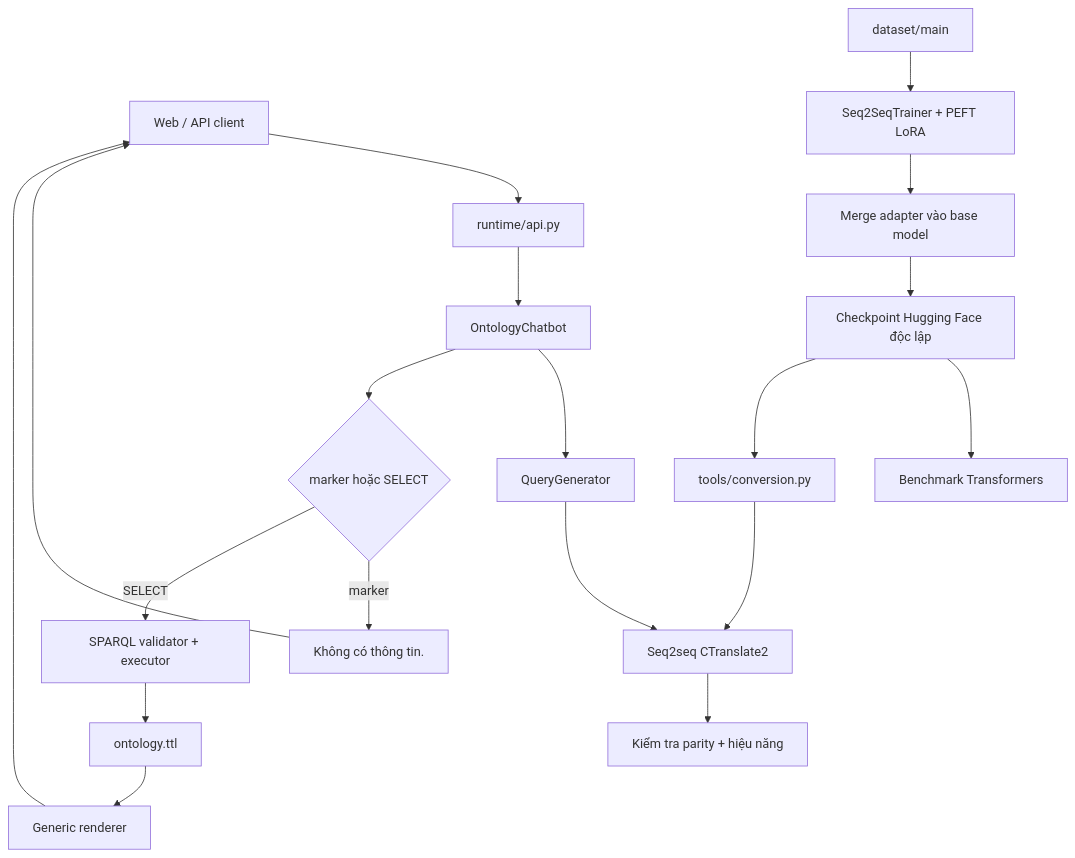
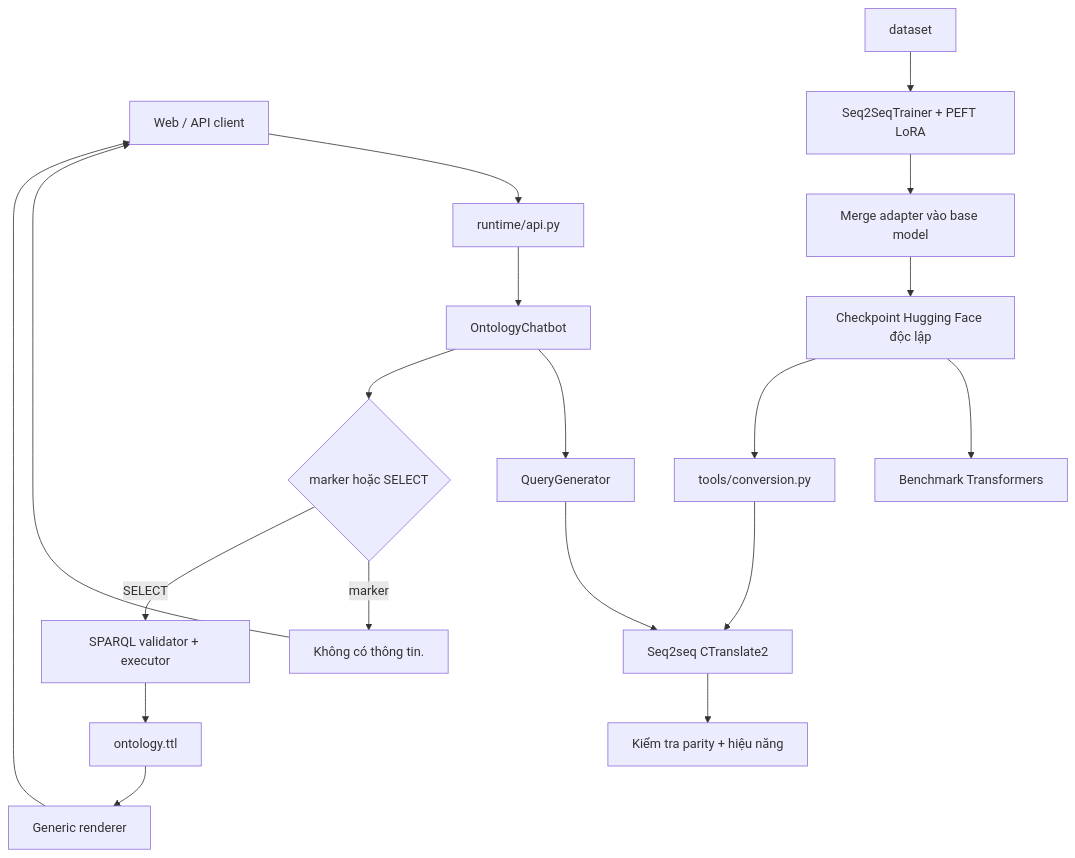
The diagram in docs/ARCHITECTURE.md (vpthinh19/ontology-chatbot), drawn with Mermaid before and after one commit. The commit also changed 15 other files, not shown here.

````diff
--- a/docs/ARCHITECTURE.md
+++ b/docs/ARCHITECTURE.md
@@ -5,22 +5,22 @@
 ```mermaid
 flowchart TB
     UI["Web / API client"] --> API["runtime/api.py"]
     API --> P["OntologyChatbot"]
     P --> G["QueryGenerator"]
     G --> CT2["Seq2seq CTranslate2"]
     P --> D{"marker hoặc SELECT"}
     D -- "marker" --> R["Không có thông tin."]
     D -- "SELECT" --> Q["SPARQL validator + executor"]
     Q --> RDF["ontology.ttl"]
     RDF --> F["Generic renderer"]
     F --> UI
     R --> UI
 
-    DS["dataset/main"] --> TR["Seq2SeqTrainer + PEFT LoRA"]
+    DS["dataset"] --> TR["Seq2SeqTrainer + PEFT LoRA"]
     TR --> MG["Merge adapter vào base model"]
     MG --> HF["Checkpoint Hugging Face độc lập"]
     HF --> BM["Benchmark Transformers"]
     HF --> CV["tools/conversion.py"]
     CV --> CT2
     CT2 --> PA["Kiểm tra parity + hiệu năng"]
 ```
````
